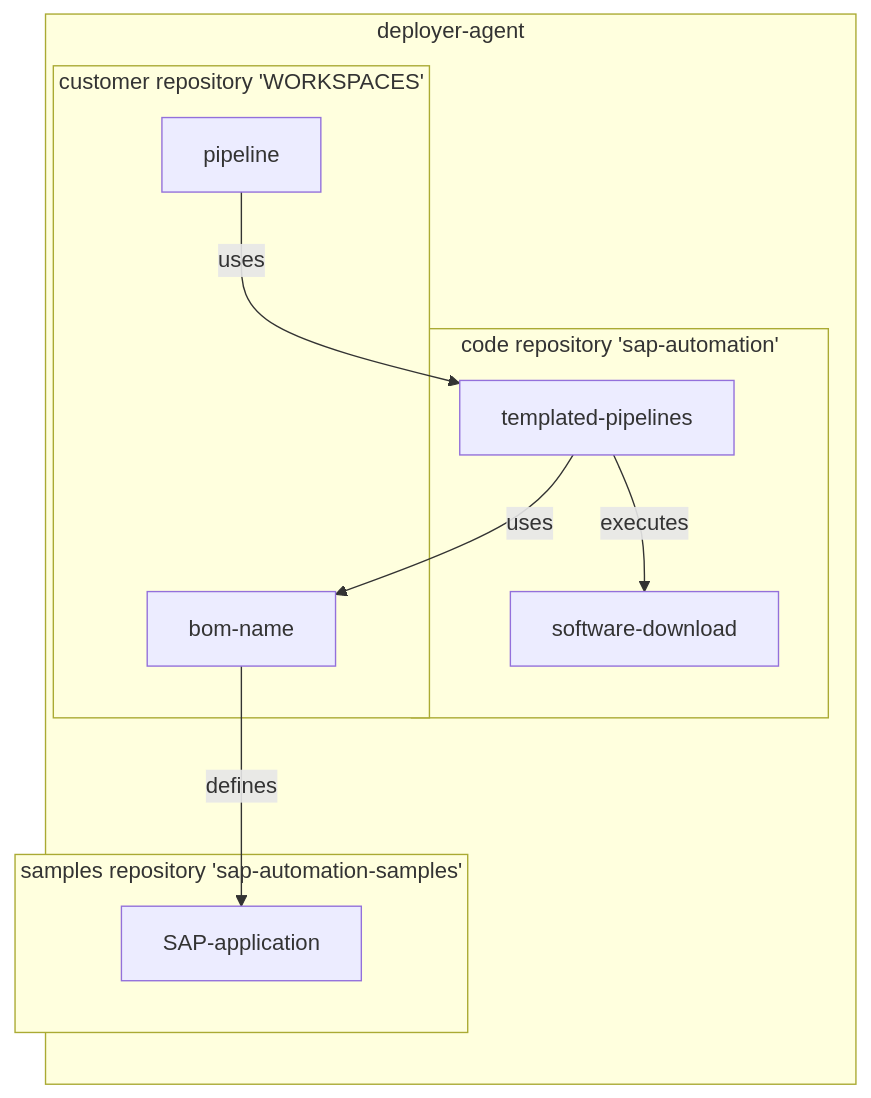
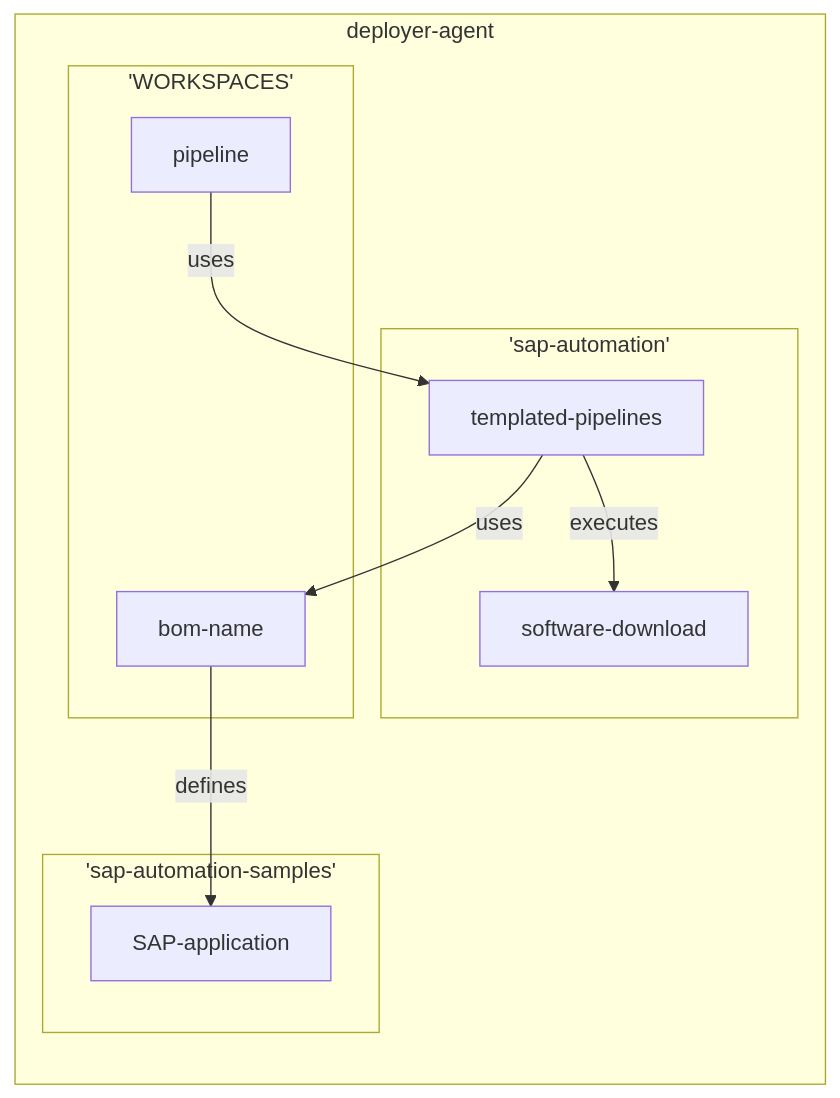
One commit to Azure/SAP-automation-samples changed the diagram in README.md. Above: the diagram before and after it, drawn with Mermaid.

````diff
--- a/README.md
+++ b/README.md
@@ -29,17 +29,17 @@
 ```mermaid
 flowchart LR
     subgraph deployer-agent
         pipeline--uses-->templated-pipelines
         templated-pipelines--uses-->bom-name
-        subgraph customer repository 'WORKSPACES'
+        subgraph 'WORKSPACES'
             bom-name
             pipeline
         end
-        subgraph code repository 'sap-automation'
+        subgraph 'sap-automation'
         templated-pipelines--executes-->software-download
         end
-        subgraph samples repository 'sap-automation-samples'
+        subgraph 'sap-automation-samples'
         bom-name--defines-->SAP-application
         end
     end
 ```
````
